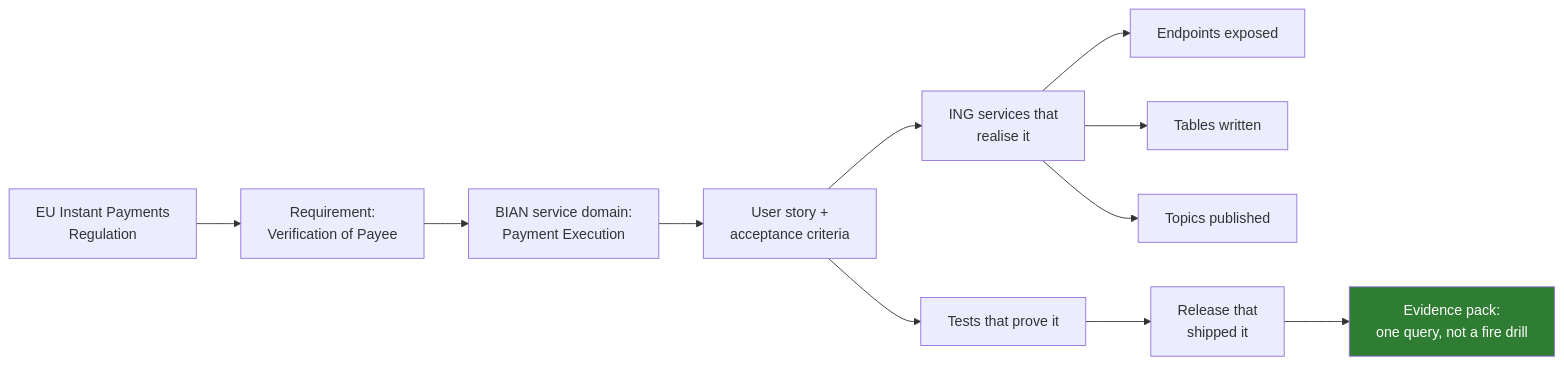
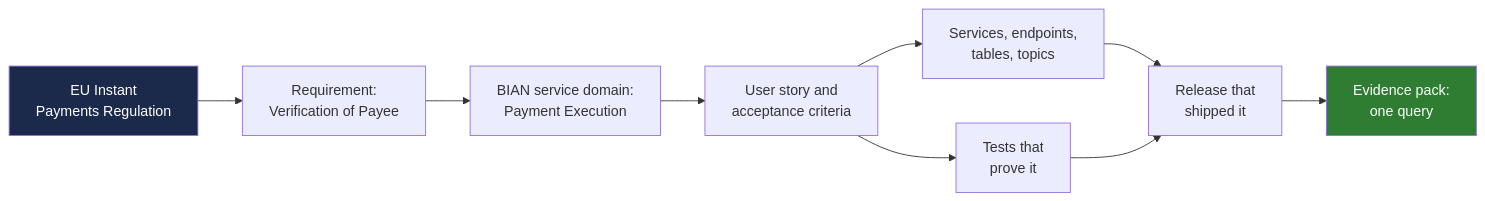
One commit to rounak-das2008/BTACoreBankingHCLTech-KG changed the fourth of 7 diagrams in research/03-slide-deck-content.md. Above: the diagram before and after it, drawn with Mermaid. The commit also changed other lines of this file and 29 other files, not shown here.

First line of the commit message:
Add PRIME.AI v2 slide contents, research paper and verified diagrams

````diff
--- a/research/03-slide-deck-content.md
+++ b/research/03-slide-deck-content.md
@@ -246,15 +408,14 @@
 ```mermaid
 flowchart LR
-    Reg[EU Instant Payments<br/>Regulation] --> Req[Requirement:<br/>Verification of Payee]
-    Req --> BIAN[BIAN service domain:<br/>Payment Execution]
-    BIAN --> Story[User story +<br/>acceptance criteria]
-    Story --> Svc[ING services that<br/>realise it]
-    Svc --> Ep[Endpoints exposed]
-    Svc --> Tbl[Tables written]
-    Svc --> Topic[Topics published]
-    Story --> Test[Tests that prove it]
-    Test --> Rel[Release that<br/>shipped it]
-    Rel --> Evidence[Evidence pack:<br/>one query, not a fire drill]
+    A["EU Instant<br/>Payments Regulation"] --> B["Requirement:<br/>Verification of Payee"]
+    B --> C["BIAN service domain:<br/>Payment Execution"]
+    C --> D["User story and<br/>acceptance criteria"]
+    D --> E["Services, endpoints,<br/>tables, topics"]
+    D --> F["Tests that<br/>prove it"]
+    E --> G["Release that<br/>shipped it"]
+    F --> G
+    G --> H["Evidence pack:<br/>one query"]
 
-    style Evidence fill:#2e7d32,color:#fff
+    style A fill:#1B2A4A,color:#ffffff
+    style H fill:#2E7D32,color:#ffffff
 ```
````
